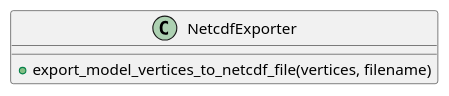
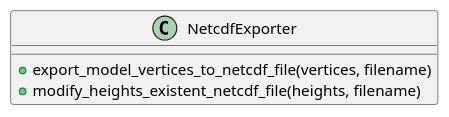
Before and after one commit to ferpoble2/Relief_Creator: the diagram in docs/classes/NetcdfExporter.puml, drawn with PlantUML. The commit also changed 7 other files, not shown here.

```diff
--- a/docs/classes/NetcdfExporter.puml
+++ b/docs/classes/NetcdfExporter.puml
@@ -1,8 +1,9 @@
 @startuml
 
 class NetcdfExporter{
 
     + export_model_vertices_to_netcdf_file(vertices, filename)
+    + modify_heights_existent_netcdf_file(heights, filename)
 }
 
 @enduml
```
